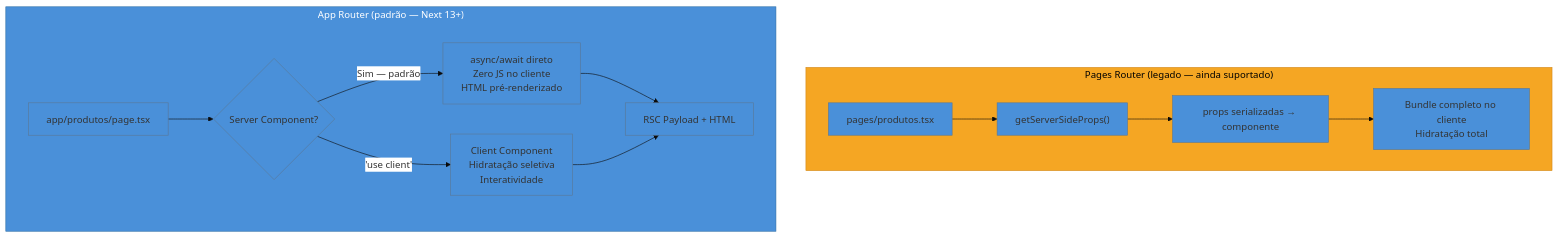
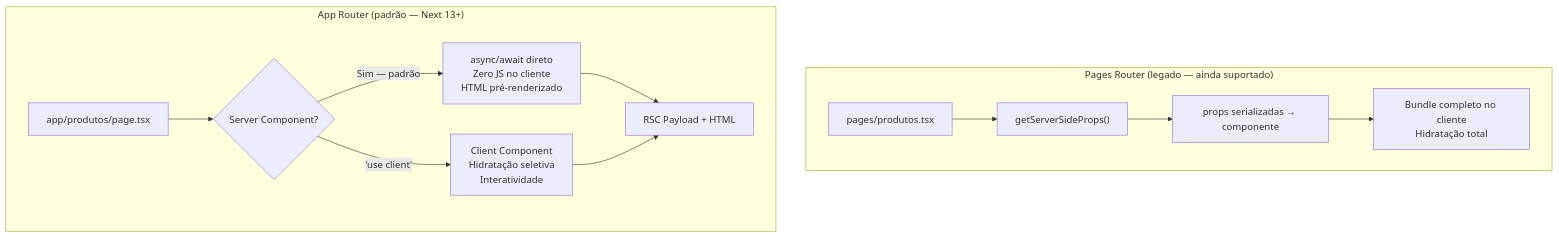
One commit to josenaldo/codex-technomanticus changed the second of 2 diagrams in 03-Dominios/Tecnologia/React/Next.js/01 - O que é o Next.js e por que existe.md. Above: the diagram before and after it, drawn with Mermaid. The commit also changed other lines of this file and 1181 other files, not shown here.

First line of the commit message:
fix(diagramas): paleta do sistema no lugar de cor cravada no markdown

````diff
--- a/03-Dominios/Tecnologia/React/Next.js/01 - O que é o Next.js e por que existe.md
+++ b/03-Dominios/Tecnologia/React/Next.js/01 - O que é o Next.js e por que existe.md
@@ -242,19 +241,20 @@
 ```mermaid
-%%{init: {"theme": "base", "themeVariables": {"primaryColor": "#4A90D9", "edgeLabelBackground": "#fff"}}}%%
 graph TD
+    classDef destaque fill:#FFAA0024,stroke:#FFAA00,color:#E9ECF2
+    classDef neutro fill:#1B2029,stroke:#4E5666,color:#C6CCD8
     subgraph PR["Pages Router (legado — ainda suportado)"]
         PR1["pages/produtos.tsx"] --> PR2["getServerSideProps()"]
         PR2 --> PR3["props serializadas → componente"]
         PR3 --> PR4["Bundle completo no cliente\nHidratação total"]
-        style PR fill:#F5A623,color:#000,stroke:#d4891a
+        class PR destaque
     end
 
     subgraph AR["App Router (padrão — Next 13+)"]
         AR1["app/produtos/page.tsx"] --> AR2{Server Component?}
         AR2 -->|Sim — padrão| AR3["async/await direto\nZero JS no cliente\nHTML pré-renderizado"]
         AR2 -->|'use client'| AR4["Client Component\nHidratação seletiva\nInteratividade"]
         AR3 --> AR5["RSC Payload + HTML"]
         AR4 --> AR5
-        style AR fill:#4A90D9,color:#fff,stroke:#2d6fa8
+        class AR neutro
     end
 ```
````
